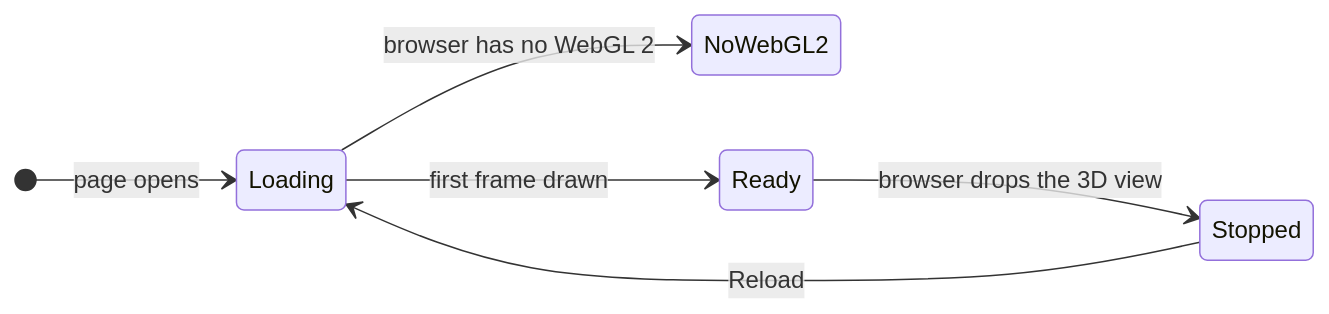
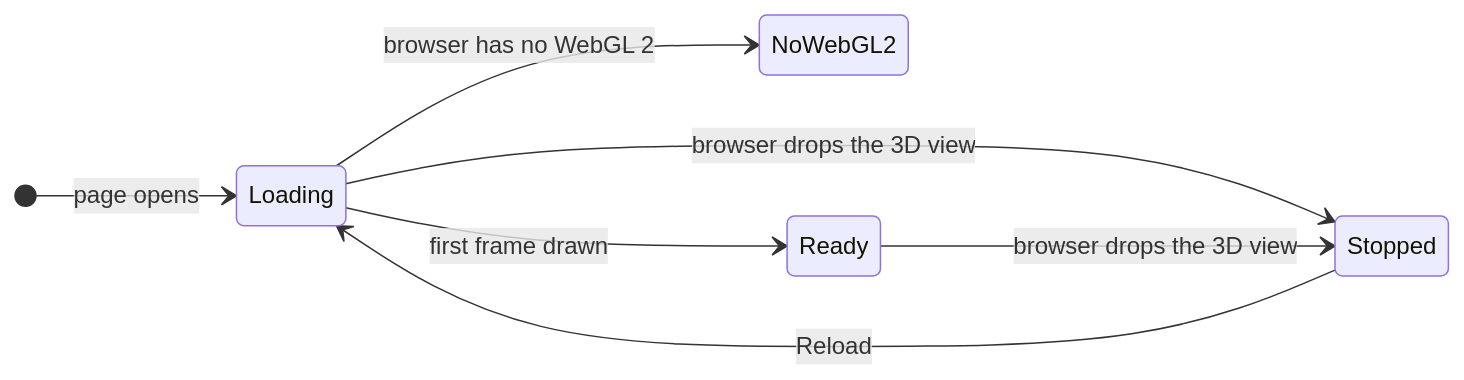
One commit to dzaffren/VirtualHajj changed the second of 6 diagrams in docs/specs/walking-skeleton.md. Above: the diagram before and after it, drawn with Mermaid. The commit also changed other lines of this file and 45 other files, not shown here.

````diff
--- a/docs/specs/walking-skeleton.md
+++ b/docs/specs/walking-skeleton.md
@@ -138,9 +138,10 @@
 ```mermaid
 stateDiagram-v2
     direction LR
     [*] --> Loading: page opens
     Loading --> NoWebGL2: browser has no WebGL 2
     Loading --> Ready: first frame drawn
+    Loading --> Stopped: browser drops the 3D view
     Ready --> Stopped: browser drops the 3D view
     Stopped --> Loading: Reload
 ```
````
